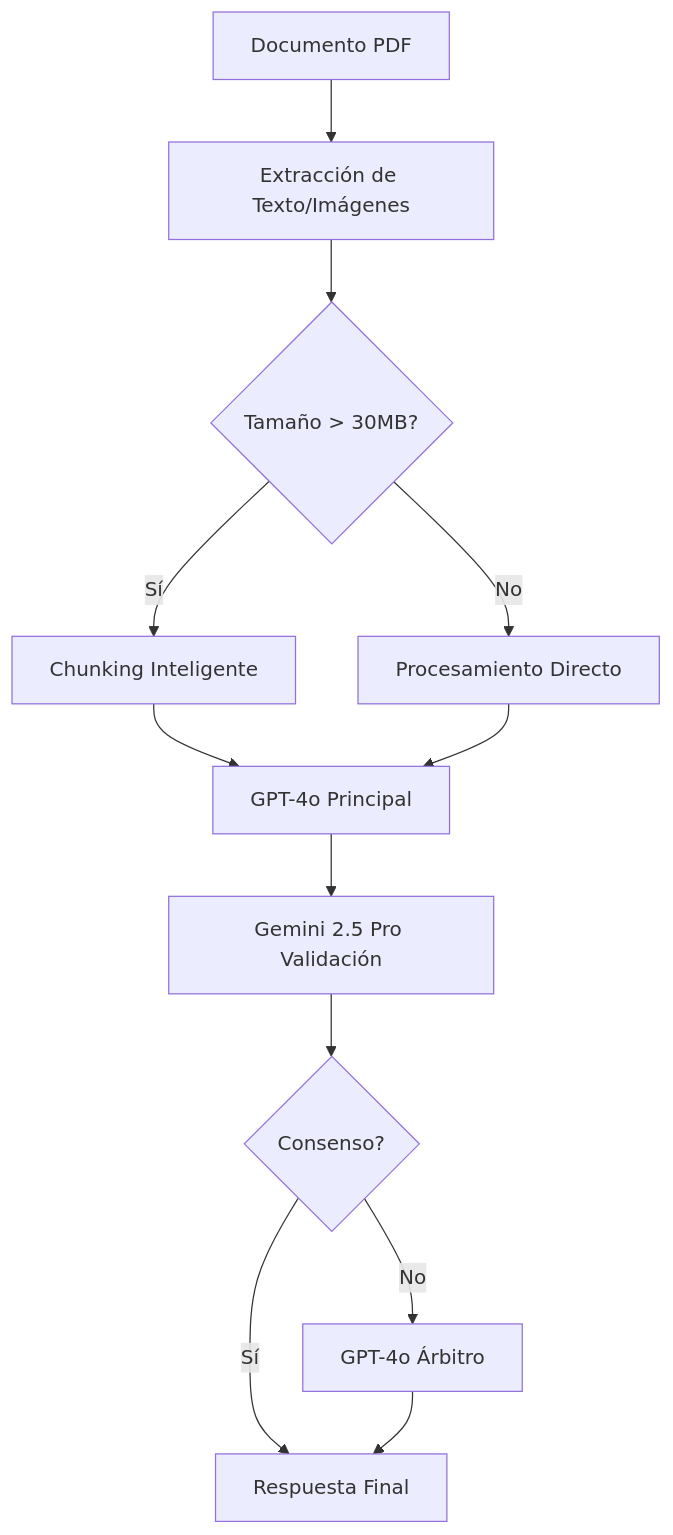
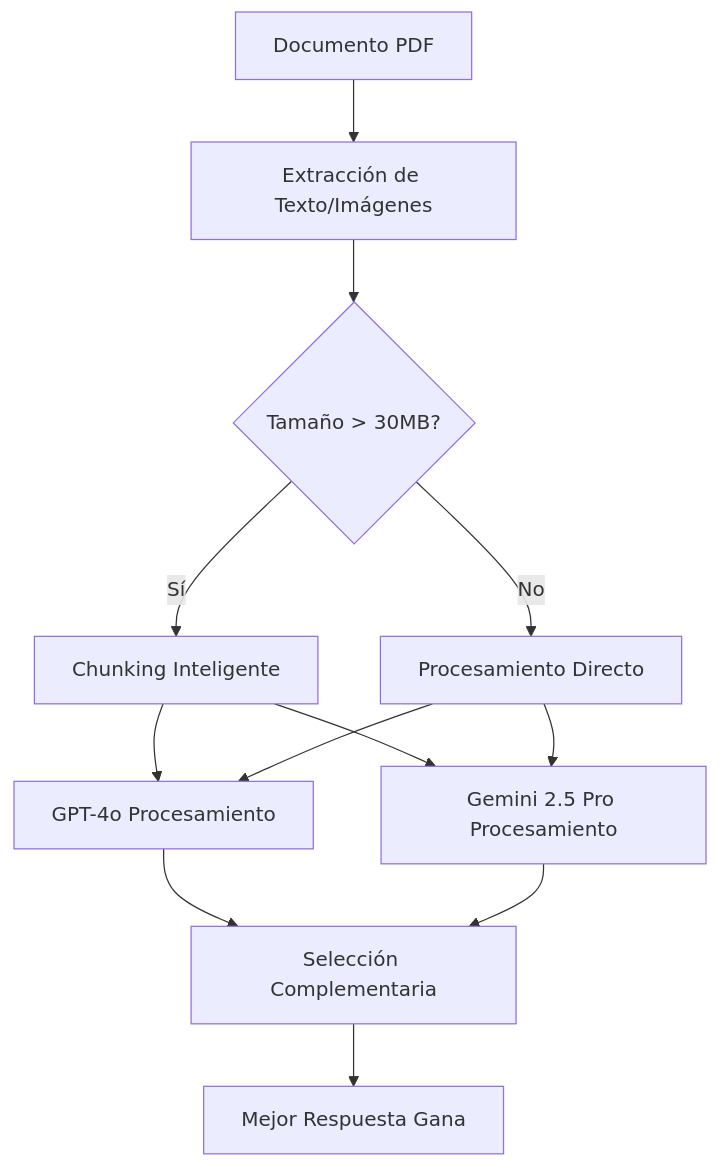
The diagram in CURRENT_SYSTEM_GUIDE.md (alannreyes/uwia), drawn with Mermaid before and after one commit. The commit also changed other lines of this file and 2 other files, not shown here.

First line of the commit message:
feat: Implement complementary validation system (GPT-4o + Gemini)

````diff
--- a/CURRENT_SYSTEM_GUIDE.md
+++ b/CURRENT_SYSTEM_GUIDE.md
@@ -65,14 +109,14 @@
 ```mermaid
 graph TD
     A[Documento PDF] --> B[Extracción de Texto/Imágenes]
     B --> C{Tamaño > 30MB?}
     C -->|Sí| D[Chunking Inteligente]
     C -->|No| E[Procesamiento Directo]
-    D --> F[GPT-4o Principal]
+    D --> F[GPT-4o Procesamiento]
     E --> F
-    F --> G[Gemini 2.5 Pro Validación]
-    G --> H{Consenso?}
-    H -->|Sí| I[Respuesta Final]
-    H -->|No| J[GPT-4o Árbitro]
-    J --> I
+    D --> G[Gemini 2.5 Pro Procesamiento]
+    E --> G
+    F --> H[Selección Complementaria]
+    G --> H
+    H --> I[Mejor Respuesta Gana]
 ```
````
